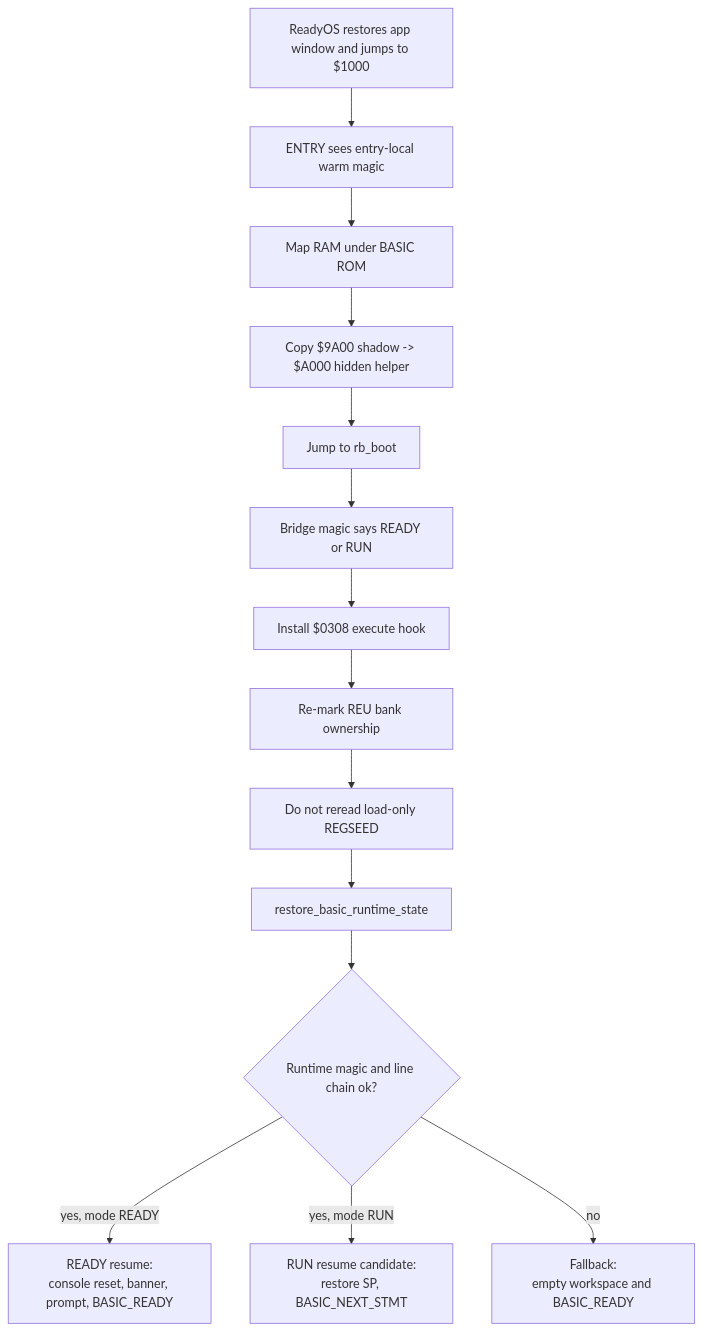
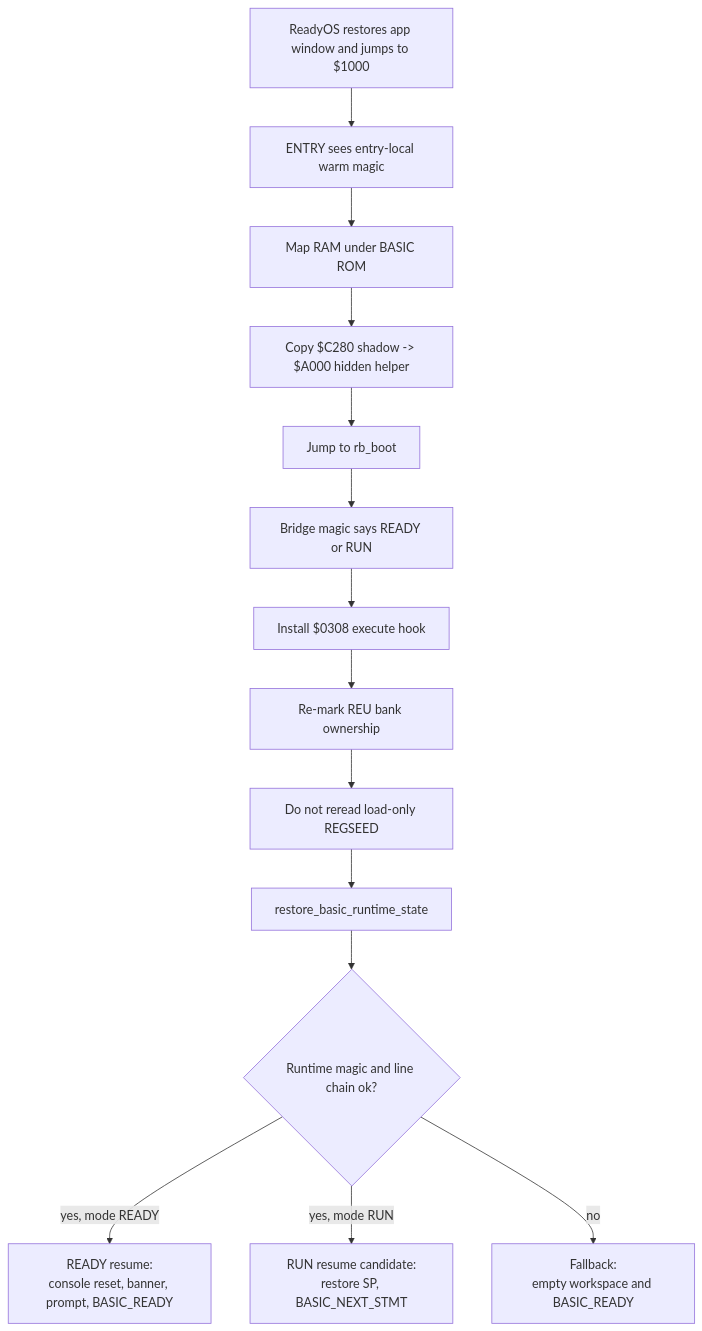
One commit to 123Onetwothree123/6502 changed the fifth of 8 diagrams in src/apps/readybasic/READYBASIC_LIFECYCLE_AND_REU_ARCHITECTURE.md. Above: the diagram before and after it, drawn with Mermaid. The commit also changed other lines of this file and 9 other files, not shown here.

````diff
--- a/src/apps/readybasic/READYBASIC_LIFECYCLE_AND_REU_ARCHITECTURE.md
+++ b/src/apps/readybasic/READYBASIC_LIFECYCLE_AND_REU_ARCHITECTURE.md
@@ -249,22 +251,22 @@
 ```mermaid
 flowchart TD
   R0["ReadyOS restores app window and jumps to $1000"]
   E["ENTRY sees entry-local warm magic"]
   RH["Map RAM under BASIC ROM"]
-  RS["Copy $9A00 shadow -> $A000 hidden helper"]
+  RS["Copy $C280 shadow -> $A000 hidden helper"]
   RB["Jump to rb_boot"]
   M["Bridge magic says READY or RUN"]
   IV["Install $0308 execute hook"]
   MK["Re-mark REU bank ownership"]
   SKIP["Do not reread load-only REGSEED"]
   REST["restore_basic_runtime_state"]
   OK{"Runtime magic and line chain ok?"}
   READY["READY resume:<br/>console reset, banner, prompt, BASIC_READY"]
   RUN["RUN resume candidate:<br/>restore SP, BASIC_NEXT_STMT"]
   FALL["Fallback:<br/>empty workspace and BASIC_READY"]
 
   R0 --> E --> RH --> RS --> RB --> M --> IV --> MK --> SKIP --> REST --> OK
   OK -->|yes, mode READY| READY
   OK -->|yes, mode RUN| RUN
   OK -->|no| FALL
 ```
````
